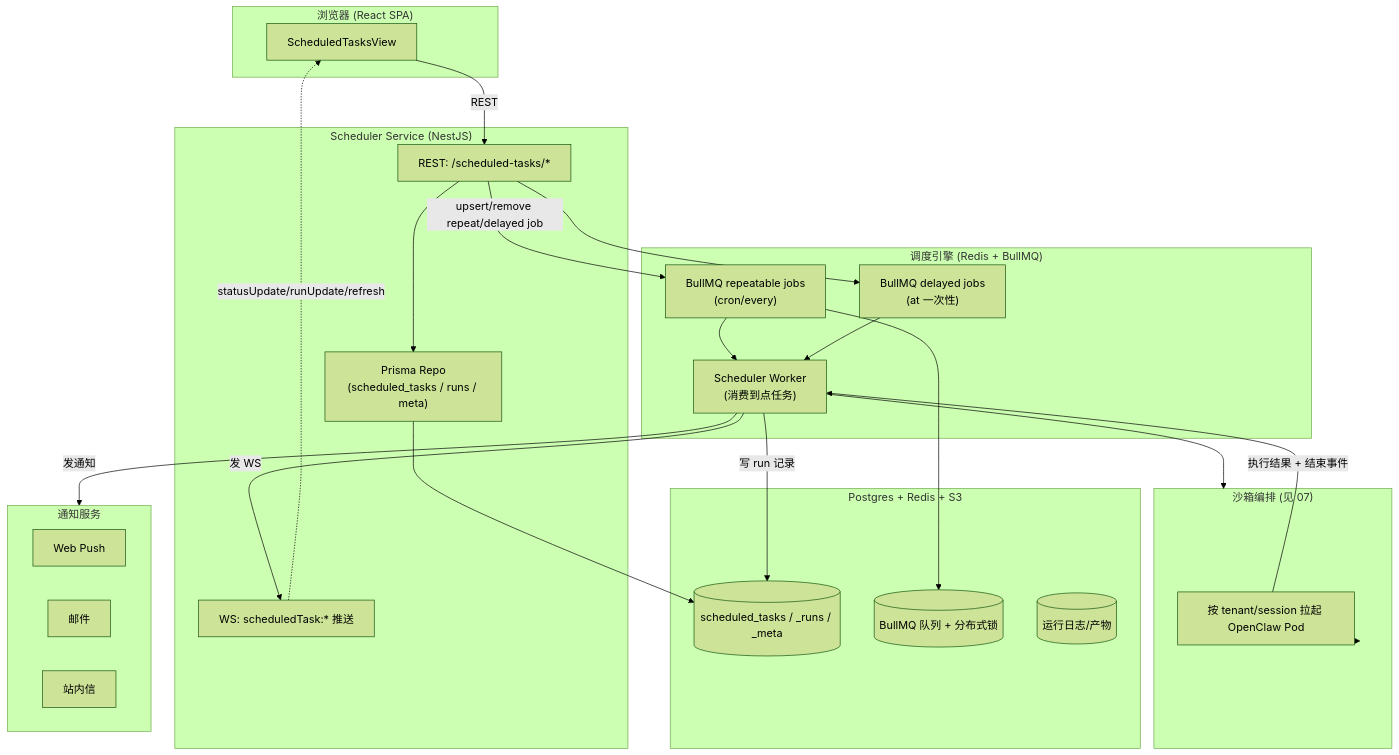
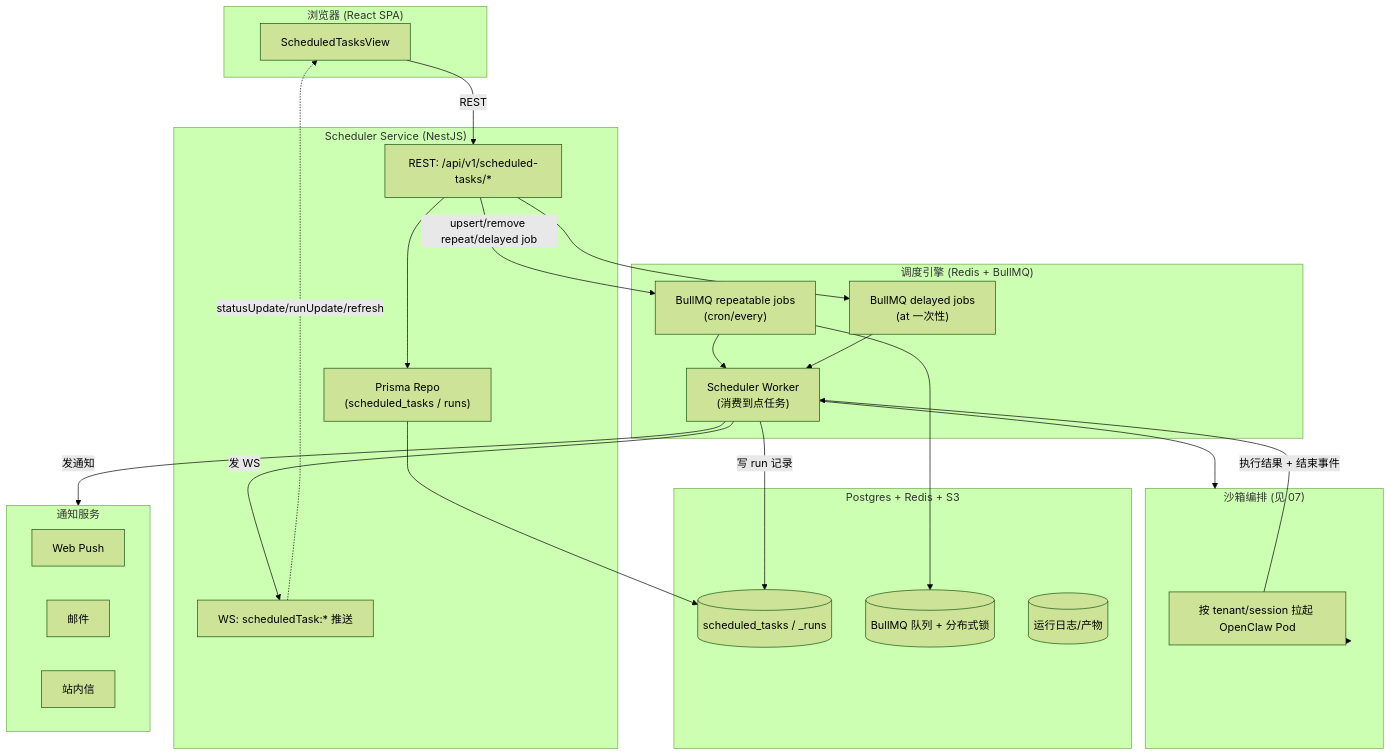
Before and after one commit to edward-ng-duke/LobsterAI: the second of 6 diagrams in 改造计划/11-定时任务调度.md, drawn with Mermaid (forest theme). The commit also changed other lines of this file and 27 other files, not shown here.

````diff
--- a/改造计划/11-定时任务调度.md
+++ b/改造计划/11-定时任务调度.md
@@ -149,45 +149,45 @@
 ```mermaid
 flowchart TB
     subgraph Web["浏览器 (React SPA)"]
         UI["ScheduledTasksView"]
     end
     subgraph API["Scheduler Service (NestJS)"]
-        REST["REST: /scheduled-tasks/*"]
+        REST["REST: /api/v1/scheduled-tasks/*"]
         WS["WS: scheduledTask:* 推送"]
-        Repo["Prisma Repo<br/>(scheduled_tasks / runs / meta)"]
+        Repo["Prisma Repo<br/>(scheduled_tasks / runs)"]
     end
     subgraph Sched["调度引擎 (Redis + BullMQ)"]
         Repeat["BullMQ repeatable jobs<br/>(cron/every)"]
         Delayed["BullMQ delayed jobs<br/>(at 一次性)"]
         Worker["Scheduler Worker<br/>(消费到点任务)"]
     end
     subgraph Orch["沙箱编排 (见 07)"]
         Pod["按 tenant/session 拉起 OpenClaw Pod"]
     end
     subgraph Store["Postgres + Redis + S3"]
-        PG[("scheduled_tasks / _runs / _meta")]
+        PG[("scheduled_tasks / _runs")]
         Redis[("BullMQ 队列 + 分布式锁")]
         S3[("运行日志/产物")]
     end
     subgraph Notify["通知服务"]
         Push["Web Push"]
         Mail["邮件"]
         Inbox["站内信"]
     end
 
     UI -->|REST| REST
     WS -.->|"statusUpdate/runUpdate/refresh"| UI
     REST --> Repo
     Repo --> PG
     REST -->|"upsert/remove repeat/delayed job"| Repeat
     REST --> Delayed
     Repeat --> Worker
     Delayed --> Worker
     Worker --> Orch
     Orch --> Pod
     Pod -->|"执行结果 + 结束事件"| Worker
     Worker -->|"写 run 记录"| PG
     Worker -->|"发通知"| Notify
     Worker -->|"发 WS"| WS
     Repeat --> Redis
 ```
````
